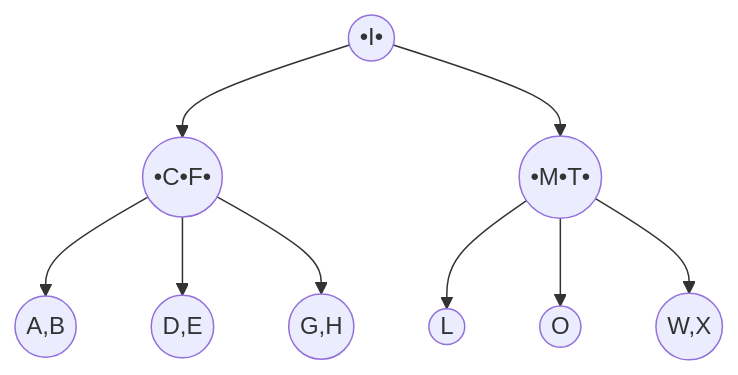
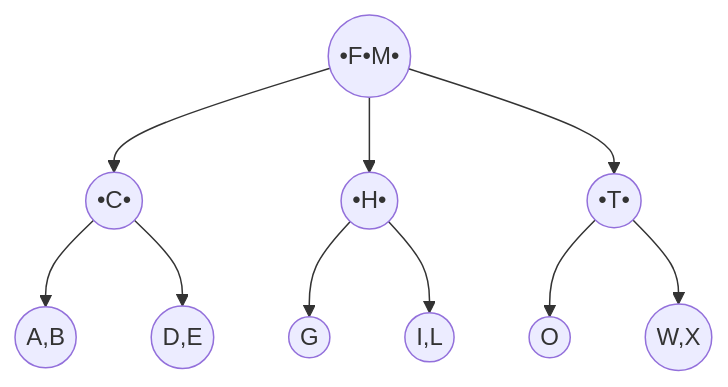
Before and after one commit to towfiq-rakin/rakinsarchive: the seventh of 7 diagrams in content/DBMS/DBMS Final Solution.md, drawn with Mermaid. The commit also changed other lines of this file, not shown here.

Commit message:
Quartz sync: Dec 16, 2025, 11:19 PM

````diff
--- a/content/DBMS/DBMS Final Solution.md
+++ b/content/DBMS/DBMS Final Solution.md
@@ -448,16 +451,18 @@
 ```mermaid
 flowchart TB
-	I(("•I•"))
-	CF(("•C•F•"))
-	MT(("•M•T•"))
+	FM(("•F•M•"))
+	C(("•C•"))
+	H(("•H•"))
+	T(("•T•"))
 	AB(("A,B"))
 	DE(("D,E"))
-	GH(("G,H"))
-	L(("L"))
+	G(("G"))
+	IL(("I,L"))
 	O(("O"))
 	WX(("W,X"))
 	
-	I --> CF & MT
-	CF --> AB & DE & GH
-	MT --> L & O & WX
+	FM --> C & H & T
+	C --> AB & DE
+	H --> G & IL
+	T --> O & WX
 ```
````
